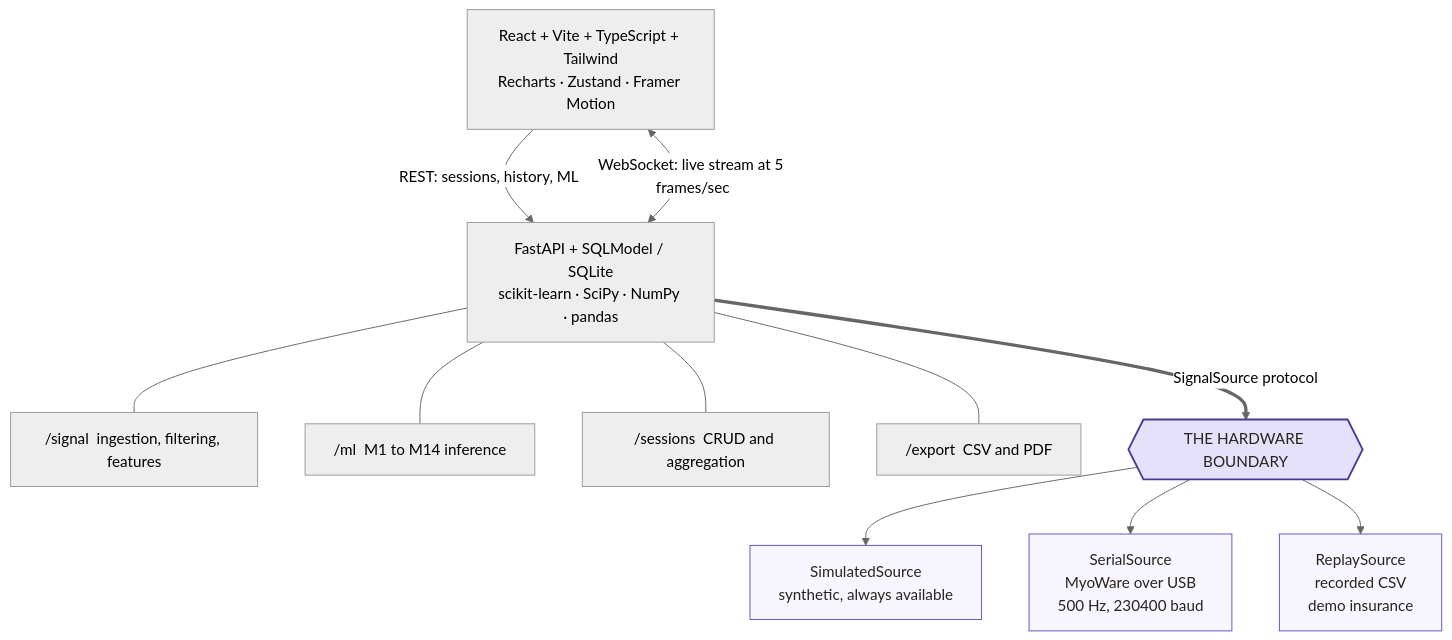
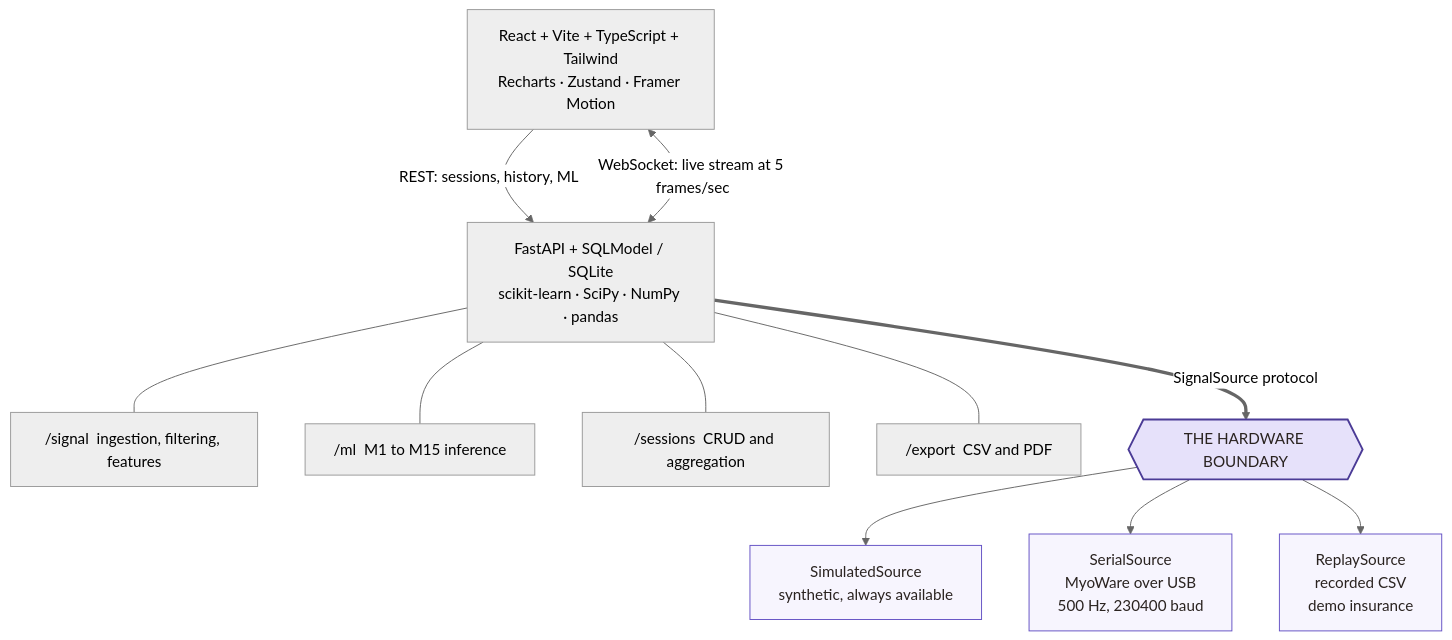
Before and after one commit to Jaden300/MySquishi: the diagram in README.md, drawn with Mermaid (neutral theme). The commit also changed other lines of this file and 1 other file, not shown here.

````diff
--- a/README.md
+++ b/README.md
@@ -105,24 +109,24 @@
 ```mermaid
 flowchart TD
     UI["React + Vite + TypeScript + Tailwind<br/>Recharts · Zustand · Framer Motion"]
     API["FastAPI + SQLModel / SQLite<br/>scikit-learn · SciPy · NumPy · pandas"]
 
     UI -->|"REST: sessions, history, ML"| API
     UI <-->|"WebSocket: live stream at 5 frames/sec"| API
 
     API --- R1["/signal&nbsp;&nbsp;ingestion, filtering, features"]
-    API --- R2["/ml&nbsp;&nbsp;M1 to M14 inference"]
+    API --- R2["/ml&nbsp;&nbsp;M1 to M15 inference"]
     API --- R3["/sessions&nbsp;&nbsp;CRUD and aggregation"]
     API --- R4["/export&nbsp;&nbsp;CSV and PDF"]
 
     API ==>|"SignalSource protocol"| BOUNDARY{{"THE HARDWARE BOUNDARY"}}
 
     BOUNDARY --> SIM["SimulatedSource<br/>synthetic, always available"]
     BOUNDARY --> SER["SerialSource<br/>MyoWare over USB<br/>500 Hz, 230400 baud"]
     BOUNDARY --> REP["ReplaySource<br/>recorded CSV<br/>demo insurance"]
 
     classDef boundary fill:#E6E1FA,stroke:#4B3B96,stroke-width:2px,color:#2A2320
     classDef source fill:#F7F5FE,stroke:#6350C4,color:#2A2320
     class BOUNDARY boundary
     class SIM,SER,REP source
 ```
````
